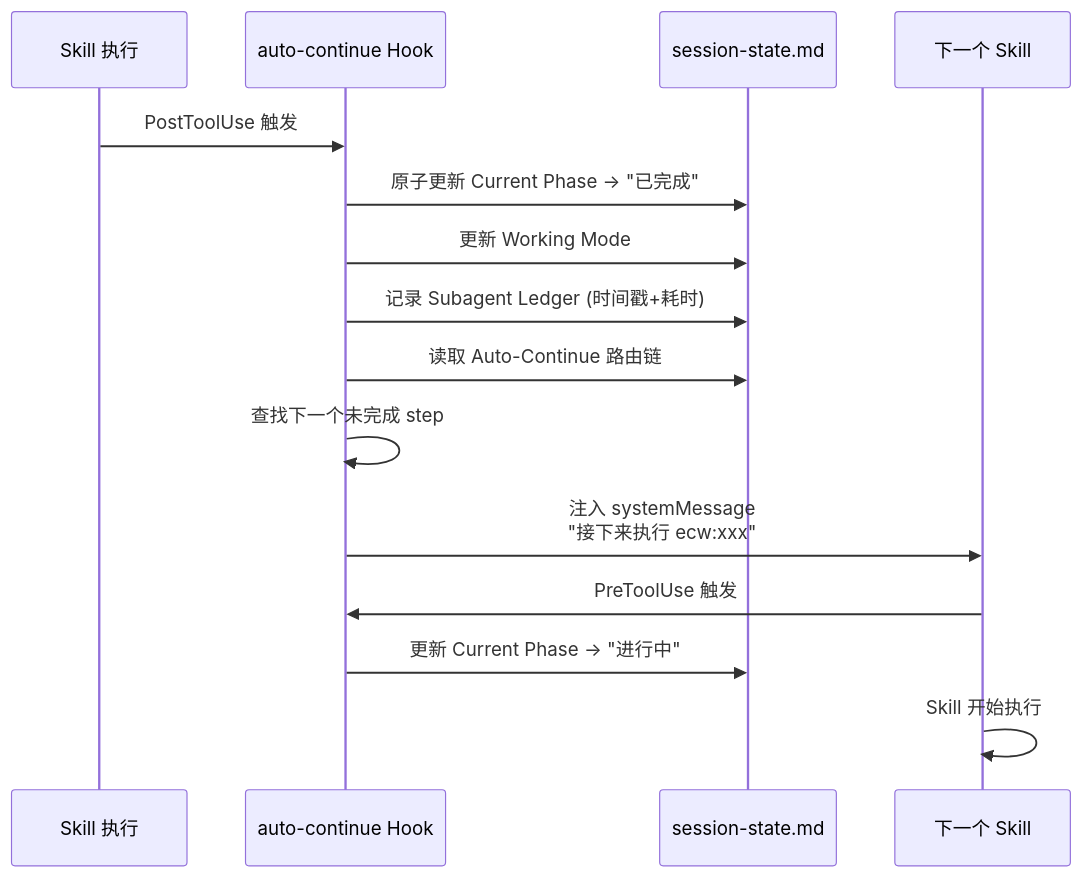
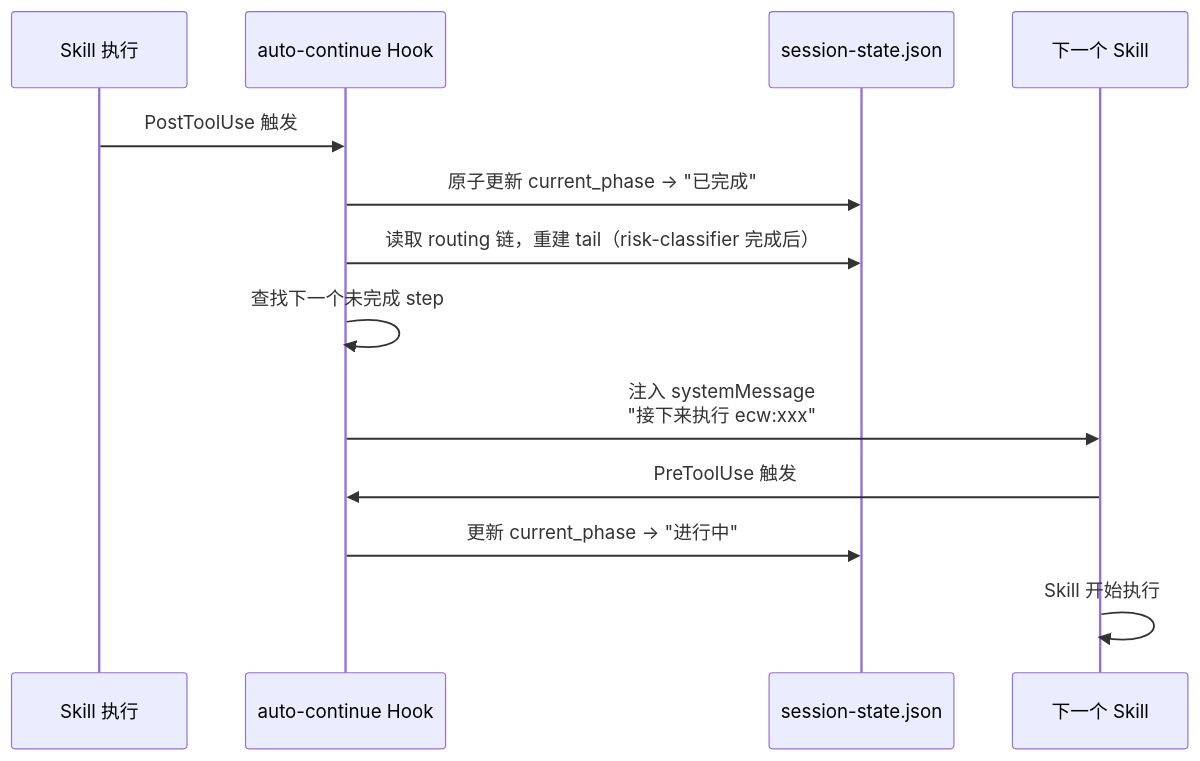
Before and after one commit to Aimeerrhythm/enterprise-change-workflow: the fifth of 9 diagrams in docs/workflow-execution-flow.md, drawn with Mermaid. The commit also changed other lines of this file and 13 other files, not shown here.

````diff
--- a/docs/workflow-execution-flow.md
+++ b/docs/workflow-execution-flow.md
@@ -260,18 +232,16 @@
 ```mermaid
 sequenceDiagram
     participant SK as Skill 执行
     participant HK as auto-continue Hook
-    participant SS as session-state.md
+    participant SS as session-state.json
     participant NX as 下一个 Skill
 
     SK->>HK: PostToolUse 触发
-    HK->>SS: 原子更新 Current Phase → "已完成"
-    HK->>SS: 更新 Working Mode
-    HK->>SS: 记录 Subagent Ledger (时间戳+耗时)
-    HK->>SS: 读取 Auto-Continue 路由链
+    HK->>SS: 原子更新 current_phase → "已完成"
+    HK->>SS: 读取 routing 链，重建 tail（risk-classifier 完成后）
     HK->>HK: 查找下一个未完成 step
     HK->>NX: 注入 systemMessage<br/>"接下来执行 ecw:xxx"
     NX->>HK: PreToolUse 触发
-    HK->>SS: 更新 Current Phase → "进行中"
+    HK->>SS: 更新 current_phase → "进行中"
     NX->>NX: Skill 开始执行
 ```
````
